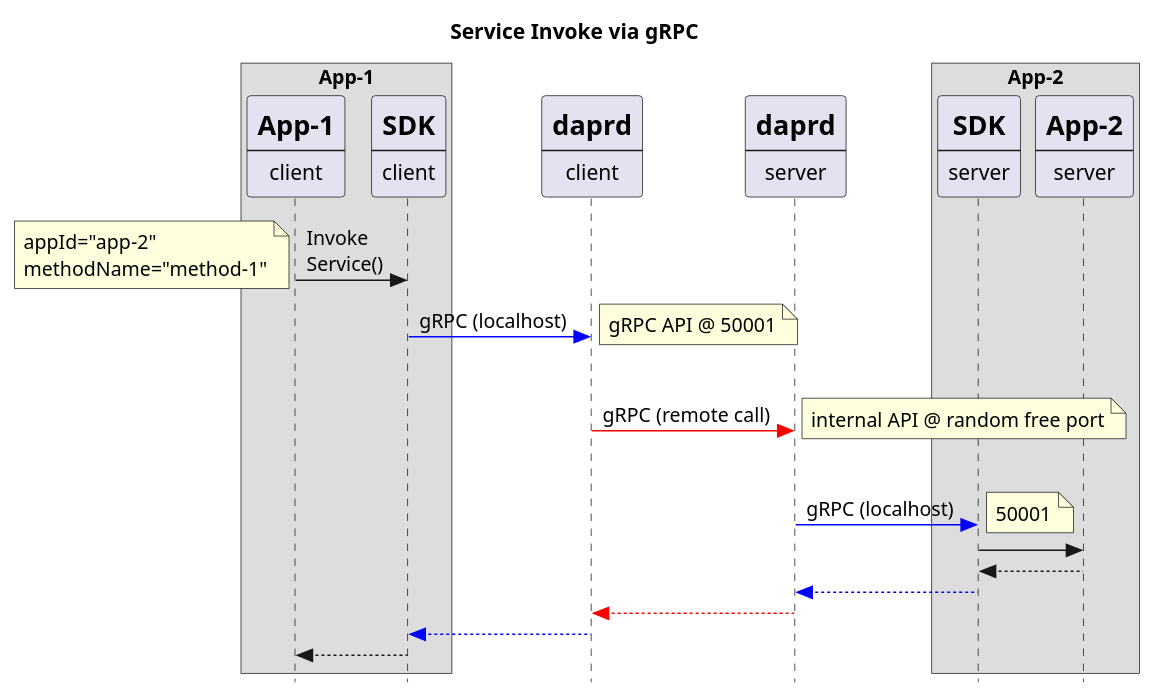
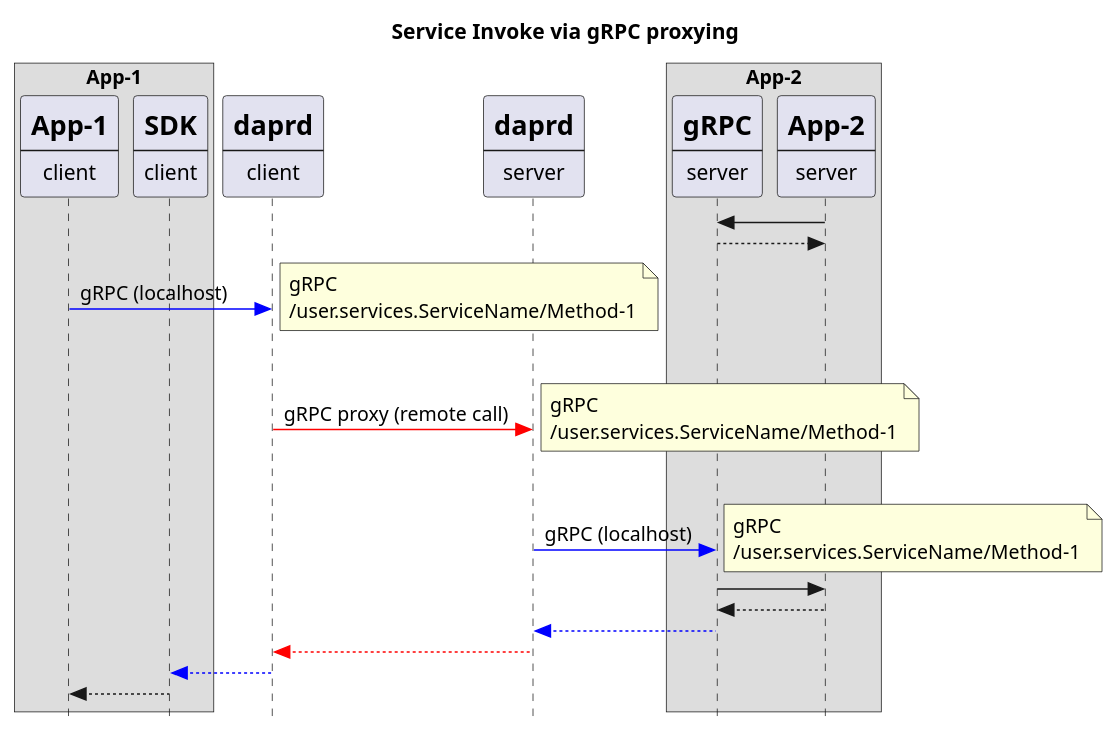
One commit to skyao/learning-dapr changed the third of 3 diagrams in content/sources/service-invoke/main-process/overview.md. Above: the diagram before and after it, drawn with PlantUML. The commit also changed other lines of this file and 15 other files, not shown here.

````diff
--- a/content/sources/service-invoke/main-process/overview.md
+++ b/content/sources/service-invoke/main-process/overview.md
@@ -84,58 +148,57 @@
 ```plantuml
-title Service Invoke via gRPC
+title Service Invoke via gRPC proxying
 hide footbox
 skinparam style strictuml
 box "App-1"
 participant user_code_client [
     =App-1
     ----
     client
 ]
 participant SDK_client [
     =SDK
     ----
     client
 ]
 end box
 participant daprd_client [
     =daprd
     ----
     client
 ]
 participant daprd_server [
     =daprd
     ----
     server
 ]
 
 box "App-2"
 participant SDK_server [
-    =SDK
+    =gRPC
     ----
     server
 ]
 participant user_code_server [
     =App-2
     ----
     server
 ]
 end box
-
-user_code_client -> SDK_client : Invoke\nService() 
-note left: appId="app-2"\nmethodName="method-1"
-SDK_client -[#blue]> daprd_client : gRPC (localhost)
-note right: gRPC API @ 50001
+user_code_server -> SDK_server
+SDK_server --> user_code_server
+user_code_client -[#blue]> daprd_client : gRPC (localhost)
+note right: gRPC\n/user.services.ServiceName/Method-1
 |||
-daprd_client -[#red]> daprd_server : gRPC (remote call)
-note right: internal API @ random free port
+daprd_client -[#red]> daprd_server : gRPC proxy (remote call)
+note right: gRPC\n/user.services.ServiceName/Method-1
 |||
 daprd_server -[#blue]> SDK_server : gRPC (localhost)
-note right: 50001
+note right: gRPC\n/user.services.ServiceName/Method-1
 SDK_server -> user_code_server : 
 
 SDK_server <-- user_code_server
 daprd_server <[#blue]-- SDK_server
 daprd_client <[#red]-- daprd_server
 SDK_client <[#blue]-- daprd_client
 user_code_client <-- SDK_client
 ```
````
